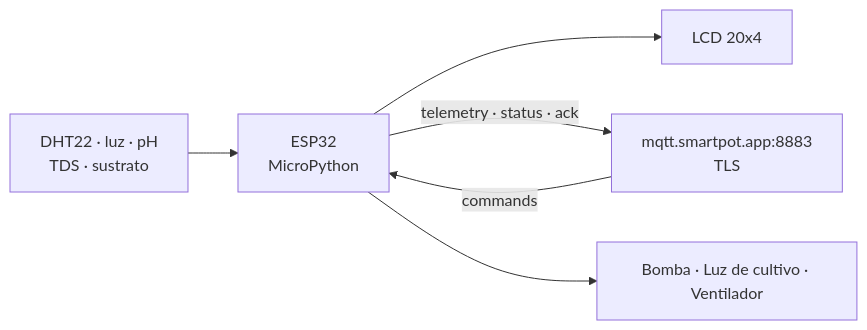
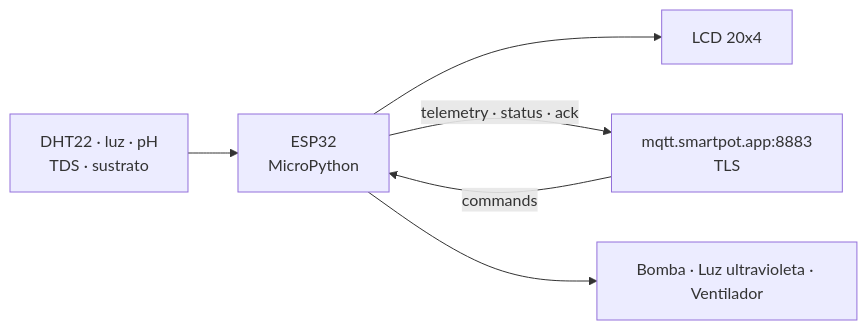
One commit to SmartPotTech/SmartPot-IoT changed the diagram in README.md. Above: the diagram before and after it, drawn with Mermaid. The commit also changed other lines of this file, not shown here.

````diff
--- a/README.md
+++ b/README.md
@@ -14,8 +14,8 @@
 ```mermaid
 flowchart LR
   sensores["DHT22 · luz · pH<br/>TDS · sustrato"] --> esp["ESP32<br/>MicroPython"]
   esp --> lcd["LCD 20x4"]
   esp -->|"telemetry · status · ack"| broker["mqtt.smartpot.app:8883<br/>TLS"]
   broker -->|"commands"| esp
-  esp --> act["Bomba · Luz de cultivo · Ventilador"]
+  esp --> act["Bomba · Luz ultravioleta · Ventilador"]
 ```
````
